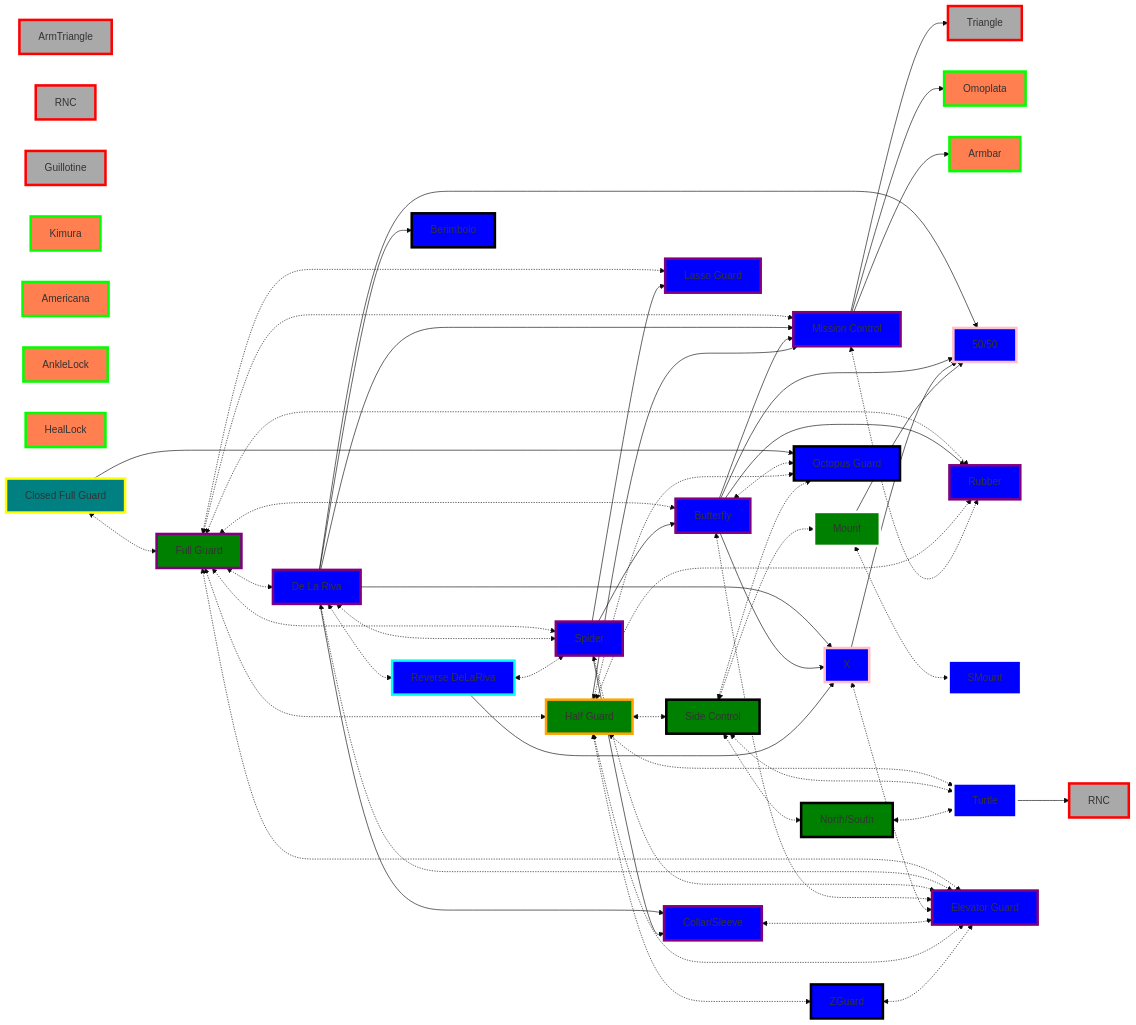
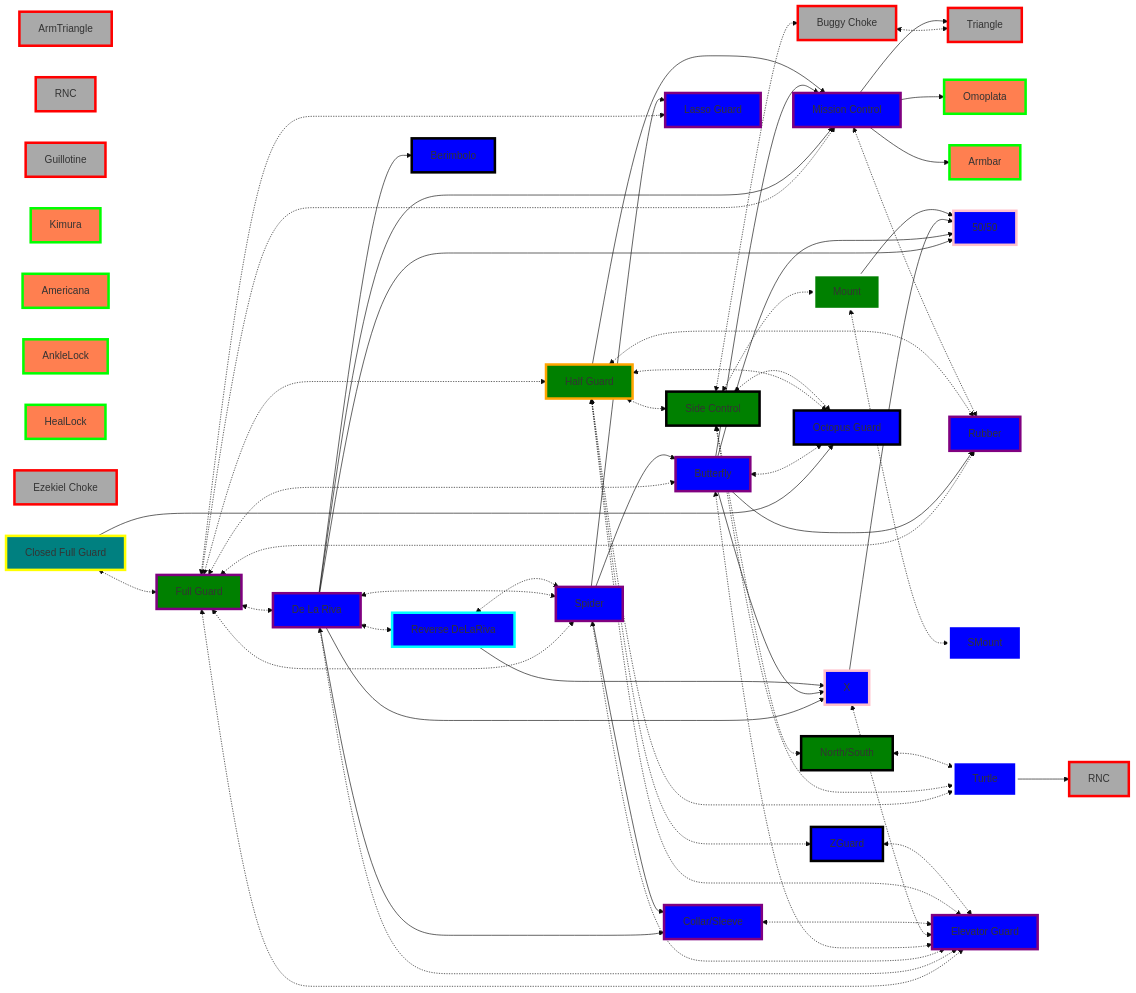
One commit to jacgit18/DevHiveMind changed the second of 4 diagrams in _Fitness/BJJ Priority Flows.md. Above: the diagram before and after it, drawn with Mermaid (base theme). The commit also changed other lines of this file and 1 other file, not shown here.

Commit message:
M "_Fitness/BJJ Priority Flows.md"  M "_Fitness/MMA/Grappling/Submissions/Prior Flow.md"

```diff
--- a/_Fitness/BJJ Priority Flows.md
+++ b/_Fitness/BJJ Priority Flows.md
@@ -290,6 +292,10 @@
 	9[Americana]
 	10[AnkleLock]
 	11[HealLock]
+	12[Buggy Choke]
+	13[Ezekiel Choke]
+
+	12 <-.-> 1
 
     A <-.-> B
     A <-.-> C
@@ -332,6 +338,7 @@
 	I <-.-> J
 	I <-.-> OctopusGuard
 	I <-.-> Turtle
+	I <-.-> 12
 	J --> N
 	J <-.-> SMount
 	K <-.-> Turtle
@@ -401,6 +408,10 @@
 
 style 11 fill:coral,stroke:lime,stroke-width:4px,shadow:shadow
 
+style 12 fill:darkgray,stroke:red,stroke-width:4px,shadow:shadow
+
+style 13 fill:darkgray,stroke:red,stroke-width:4px,shadow:shadow
+
 style Closed fill:teal,stroke:yellow,stroke-width:4px,shadow:shadow
 
 style ElevatorGuard fill:blue,stroke:purple,stroke-width:4px,shadow:shadow
```
